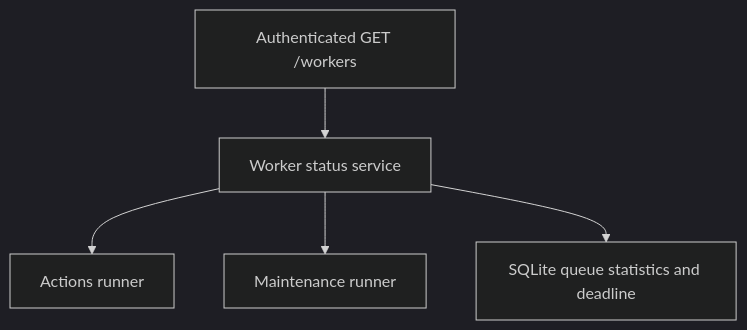
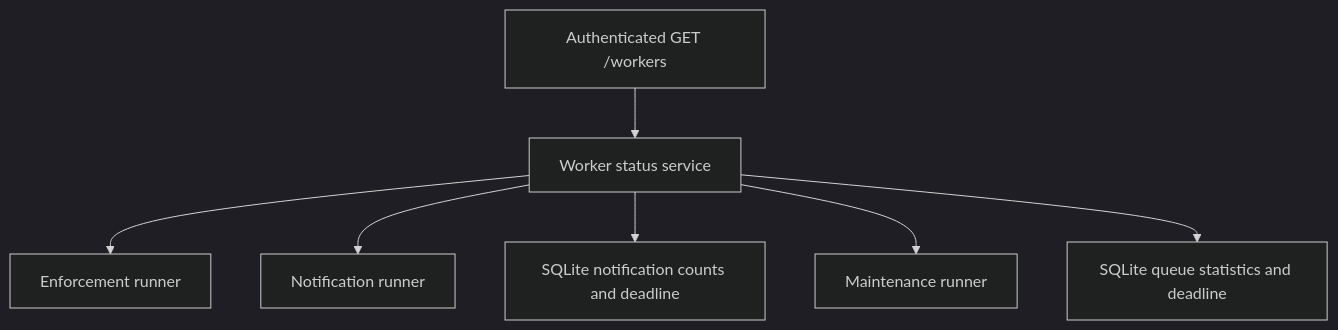
One commit to gi8lino/keycloak-warden changed the second of 2 diagrams in docs/content/architecture.md. Above: the diagram before and after it, drawn with Mermaid (dark theme). The commit also changed other lines of this file and 216 other files, not shown here.

````diff
--- a/docs/content/architecture.md
+++ b/docs/content/architecture.md
@@ -64,7 +85,9 @@
 ```mermaid
 flowchart TD
     UI["Authenticated GET /workers"] --> S["Worker status service"]
-    S --> A["Actions runner"]
+    S --> A["Enforcement runner"]
+    S --> N["Notification runner"]
+    S --> DBN["SQLite notification counts and deadline"]
     S --> M["Maintenance runner"]
     S --> DB["SQLite queue statistics and deadline"]
 ```
````
